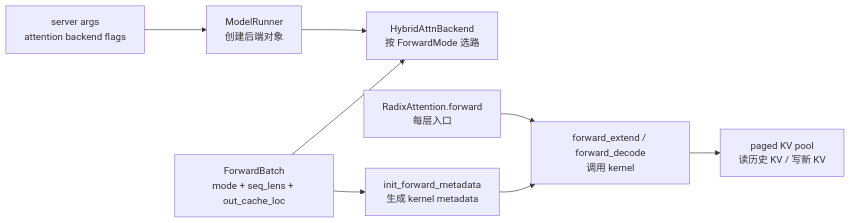
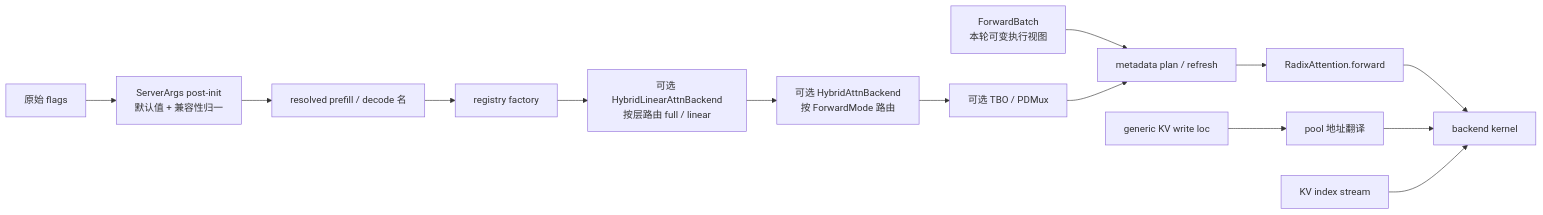
Before and after one commit to OnlyHero5/sglang-reading-vault: the diagram in sglang_reading/内存与Attention/Attention/SGLang-Attention.md, drawn with Mermaid. The commit also changed other lines of this file and 512 other files, not shown here.

````diff
--- a/sglang_reading/内存与Attention/Attention/SGLang-Attention.md
+++ b/sglang_reading/内存与Attention/Attention/SGLang-Attention.md
@@ -22,17 +22,15 @@
 ```mermaid
 flowchart LR
-    FLAGS["server args<br/>attention backend flags"]
-    MR["ModelRunner<br/>创建后端对象"]
-    HYB["HybridAttnBackend<br/>按 ForwardMode 选路"]
-    FB["ForwardBatch<br/>mode + seq_lens + out_cache_loc"]
-    RA["RadixAttention.forward<br/>每层入口"]
-    META["init_forward_metadata<br/>生成 kernel metadata"]
-    KERNEL["forward_extend / forward_decode<br/>调用 kernel"]
-    KV["paged KV pool<br/>读历史 KV / 写新 KV"]
-
-    FLAGS --> MR --> HYB
-    FB --> HYB
-    FB --> META
-    RA --> KERNEL
-    META --> KERNEL --> KV
+    RAW["原始 flags"] --> RESOLVE["ServerArgs post-init<br/>默认值 + 兼容性归一"]
+    RESOLVE --> NAMES["resolved prefill / decode 名"]
+    NAMES --> REG["registry factory"]
+    REG --> LINEAR["可选 HybridLinearAttnBackend<br/>按层路由 full / linear"]
+    LINEAR --> PHASE["可选 HybridAttnBackend<br/>按 ForwardMode 路由"]
+    PHASE --> OUTER["可选 TBO / PDMux"]
+    FB["ForwardBatch<br/>本轮可变执行视图"] --> PLAN["metadata plan / refresh"]
+    OUTER --> PLAN
+    PLAN --> RA["RadixAttention.forward"]
+    RA --> KERNEL["backend kernel"]
+    WRITE["generic KV write loc"] --> TRANS["pool 地址翻译"] --> KERNEL
+    READ["KV index stream"] --> KERNEL
 ```
````
